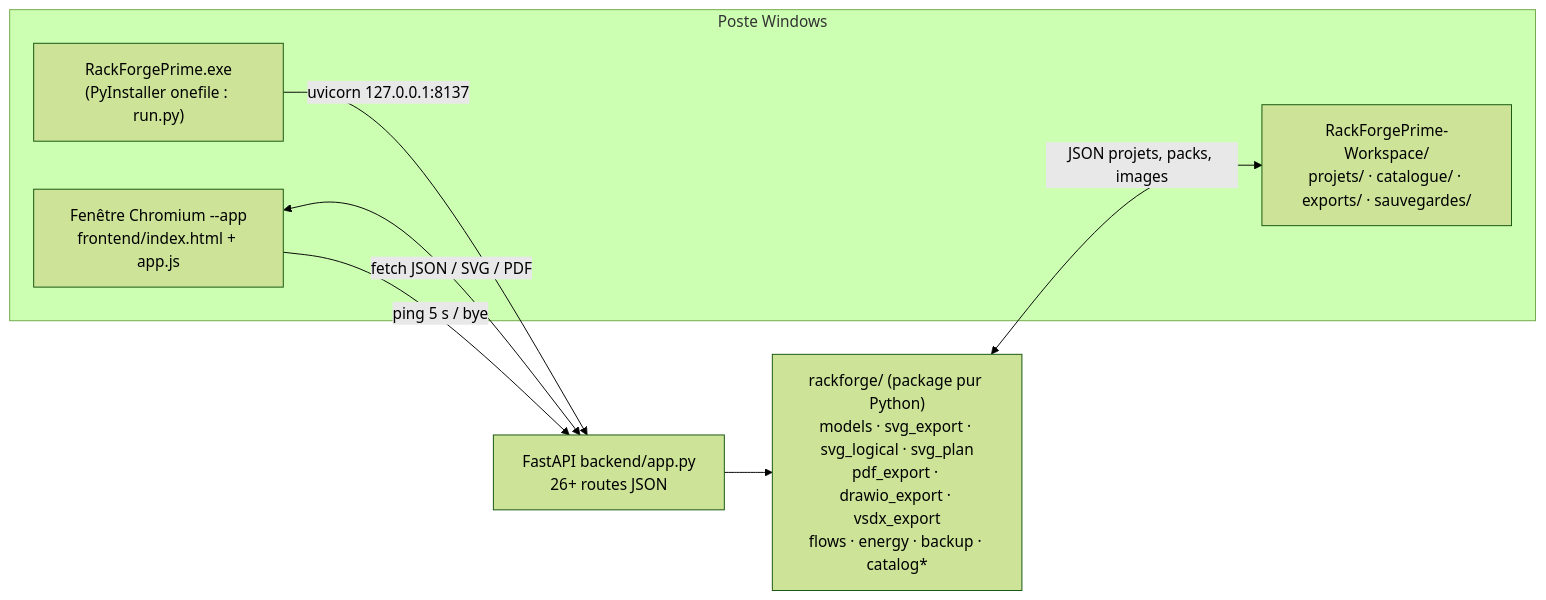
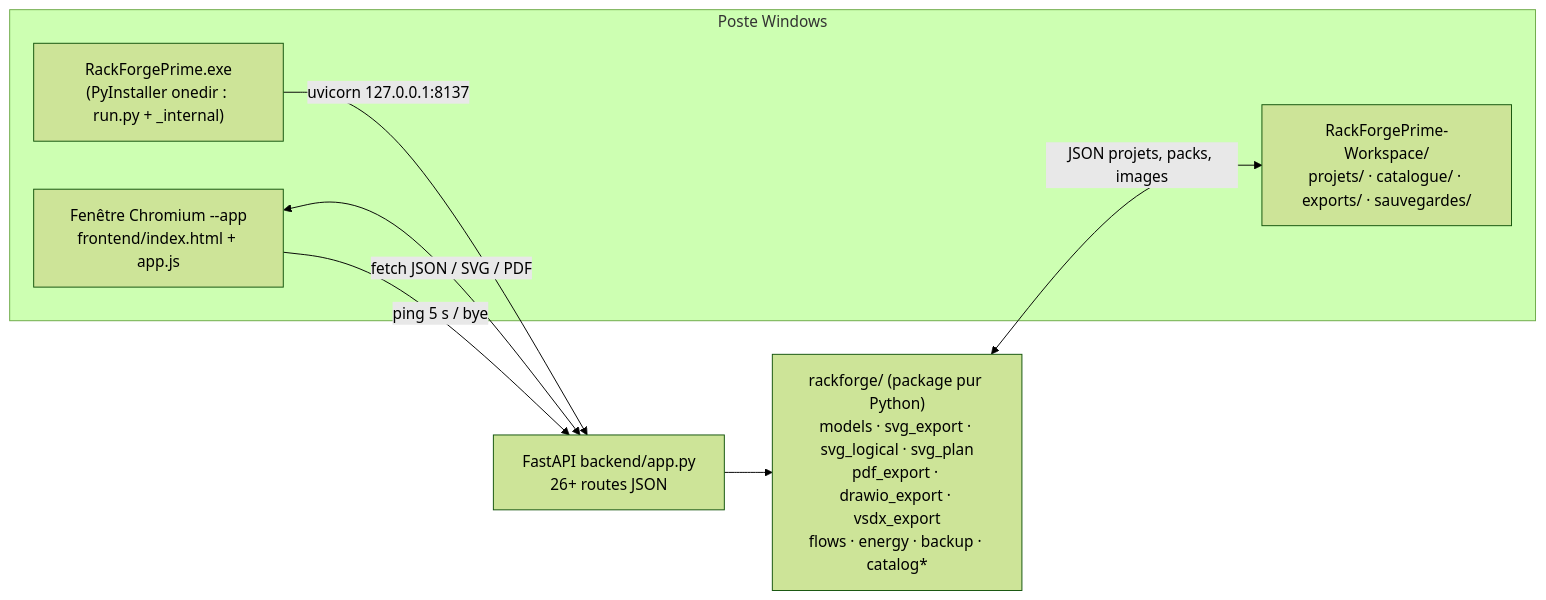
One commit to pantherusenetwork-ctrl/fng-legal changed the diagram in rackforgeprime/docs/DAT-RACKFORGEPRIME.md. Above: the diagram before and after it, drawn with Mermaid (forest theme). The commit also changed other lines of this file and 19 other files, not shown here.

````diff
--- a/rackforgeprime/docs/DAT-RACKFORGEPRIME.md
+++ b/rackforgeprime/docs/DAT-RACKFORGEPRIME.md
@@ -55,13 +55,13 @@
 ```mermaid
 flowchart LR
   subgraph PC["Poste Windows"]
-    EXE["RackForgePrime.exe<br/>(PyInstaller onefile : run.py)"]
+    EXE["RackForgePrime.exe<br/>(PyInstaller onedir : run.py + _internal)"]
     WIN["Fenêtre Chromium --app<br/>frontend/index.html + app.js"]
     WS["RackForgePrime-Workspace/<br/>projets/ · catalogue/ · exports/ · sauvegardes/"]
   end
   EXE -- "uvicorn 127.0.0.1:8137" --> API["FastAPI backend/app.py<br/>26+ routes JSON"]
   WIN <-- "fetch JSON / SVG / PDF" --> API
   WIN -- "ping 5 s / bye" --> API
   API --> M["rackforge/ (package pur Python)<br/>models · svg_export · svg_logical · svg_plan<br/>pdf_export · drawio_export · vsdx_export<br/>flows · energy · backup · catalog*"]
   M <-- "JSON projets, packs, images" --> WS
 ```
````
